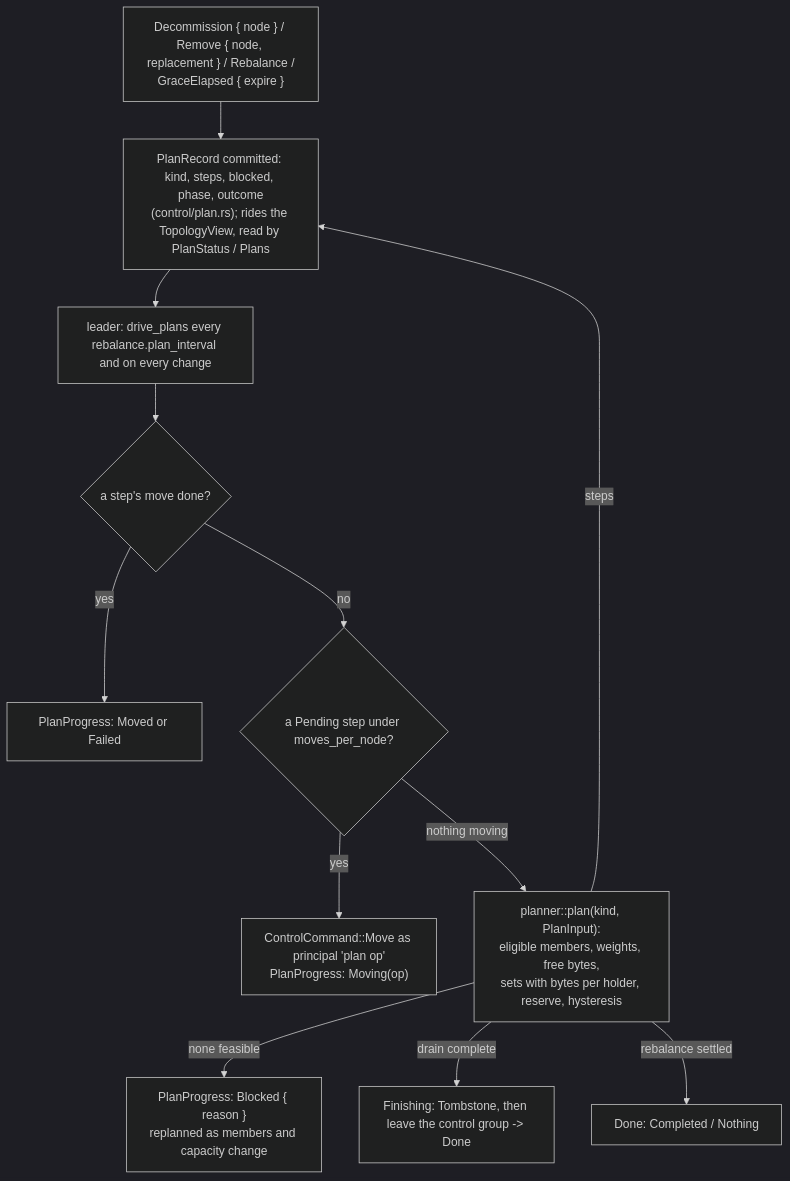
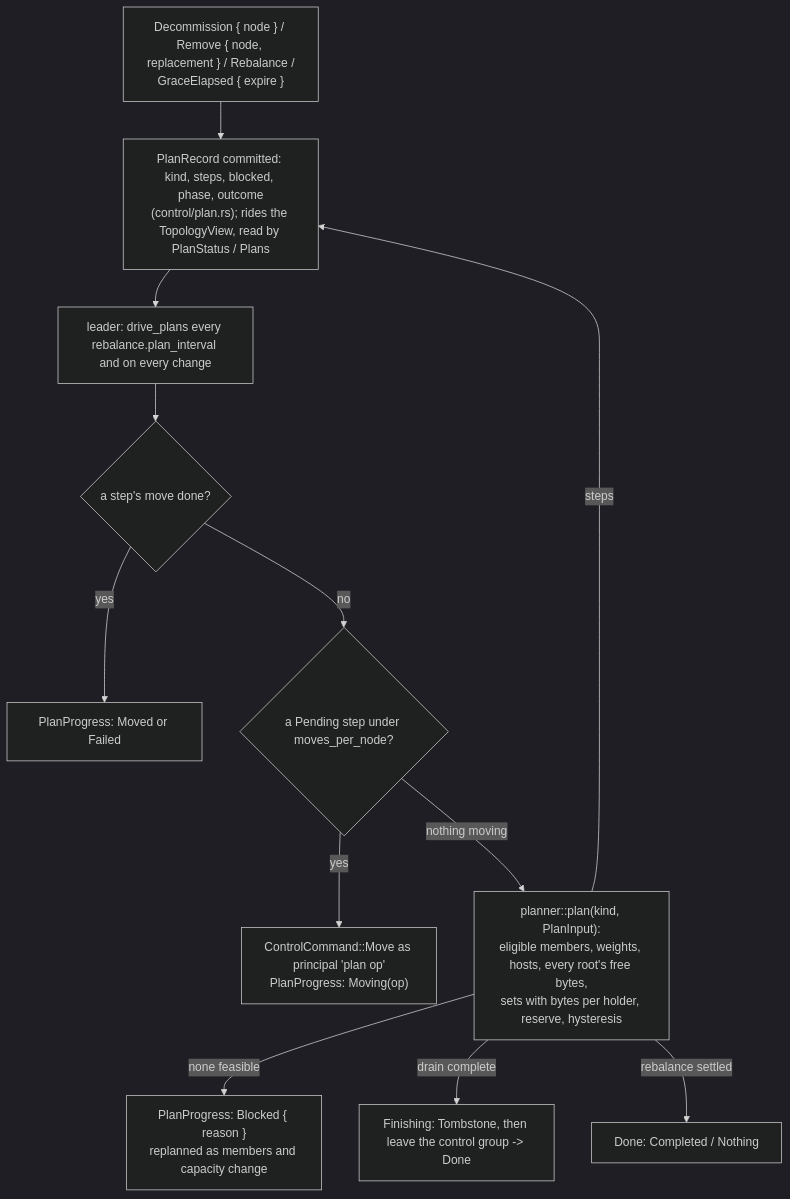
The second of 3 diagrams in docs/src/distributed/rebalancing.md (mjcarson/shoal), drawn with Mermaid (dark theme) before and after one commit. The commit also changed other lines of this file and 3013 other files, not shown here.

````diff
--- a/docs/src/distributed/rebalancing.md
+++ b/docs/src/distributed/rebalancing.md
@@ -73,14 +73,14 @@
 ```mermaid
 flowchart TB
     op["Decommission { node } / Remove { node, replacement } / Rebalance /<br/>GraceElapsed { expire }"] --> rec["PlanRecord committed: kind, steps, blocked, phase, outcome<br/>(control/plan.rs); rides the TopologyView, read by PlanStatus / Plans"]
     rec --> tick["leader: drive_plans every rebalance.plan_interval and on every change"]
     tick --> done{"a step's move done?"}
     done -- yes --> mark["PlanProgress: Moved or Failed"]
     done -- no --> pend{"a Pending step under moves_per_node?"}
     pend -- yes --> mv["ControlCommand::Move as principal 'plan op'<br/>PlanProgress: Moving(op)"]
-    pend -- "nothing moving" --> plan["planner::plan(kind, PlanInput):<br/>eligible members, weights, free bytes,<br/>sets with bytes per holder, reserve, hysteresis"]
+    pend -- "nothing moving" --> plan["planner::plan(kind, PlanInput):<br/>eligible members, weights, hosts, every root's free bytes,<br/>sets with bytes per holder, reserve, hysteresis"]
     plan -- steps --> rec
     plan -- "none feasible" --> blk["PlanProgress: Blocked { reason }<br/>replanned as members and capacity change"]
     plan -- "drain complete" --> fin["Finishing: Tombstone, then leave the control group -> Done"]
     plan -- "rebalance settled" --> ok["Done: Completed / Nothing"]
 ```
````
